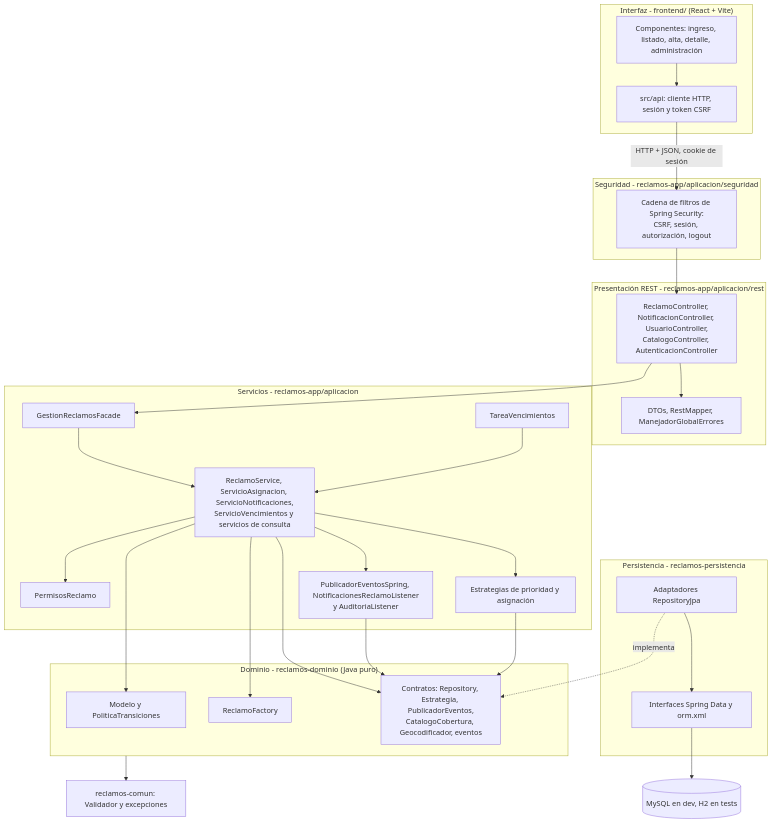
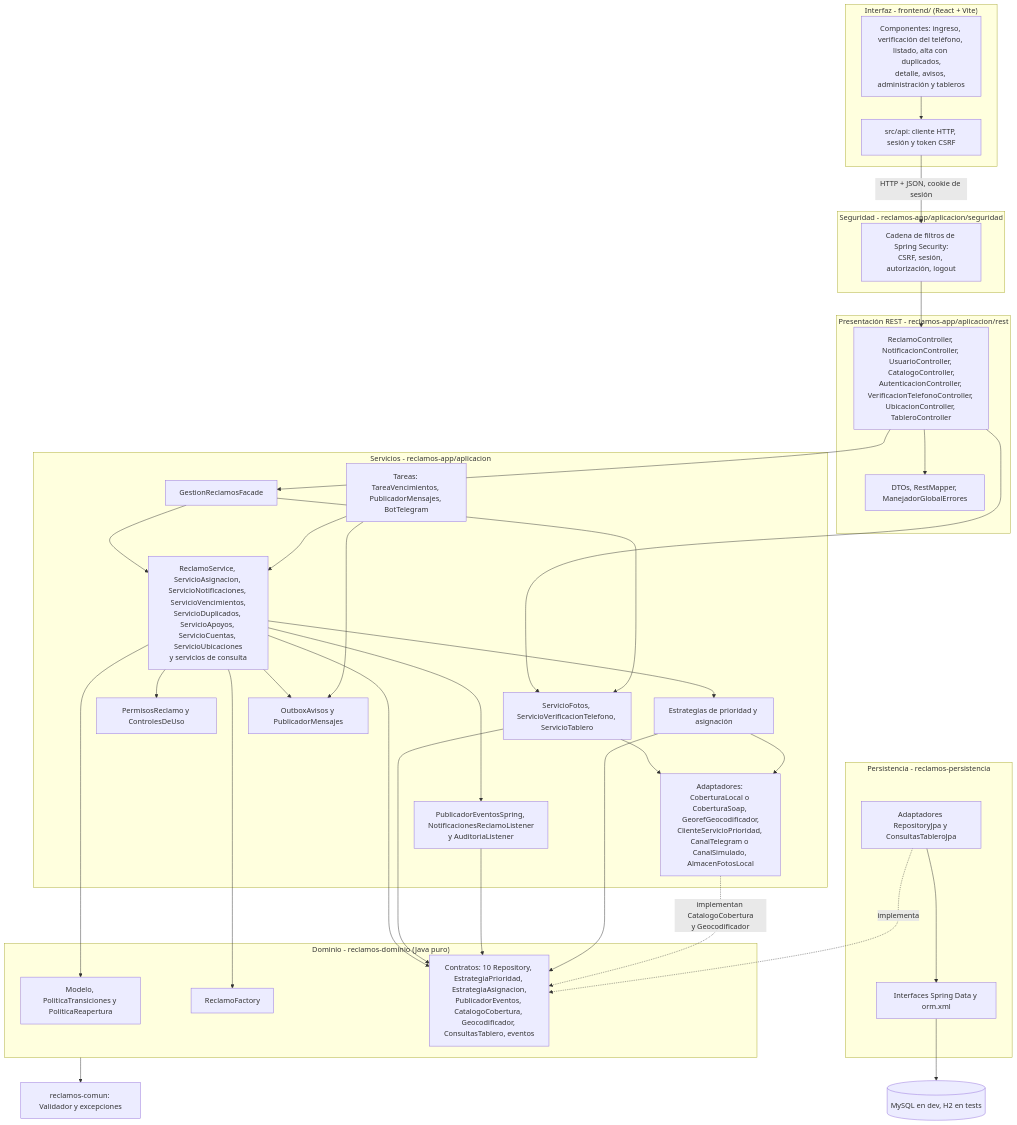
The first of 12 diagrams in docs/arquitectura.md (SanTegli/DesarrolloAppsIIGrupo10), drawn with Mermaid before and after one commit. The commit also changed other lines of this file and 16 other files, not shown here.

````diff
--- a/docs/arquitectura.md
+++ b/docs/arquitectura.md
@@ -9,53 +9,64 @@
 ```mermaid
 flowchart TB
   subgraph UI["Interfaz - frontend/ (React + Vite)"]
-    COMP["Componentes: ingreso, listado, alta, detalle, administración"]
+    COMP["Componentes: ingreso, verificación del teléfono, listado, alta con duplicados,<br/>detalle, avisos, administración y tableros"]
     API["src/api: cliente HTTP, sesión y token CSRF"]
   end
   subgraph SEG["Seguridad - reclamos-app/aplicacion/seguridad"]
     FIL["Cadena de filtros de Spring Security:<br/>CSRF, sesión, autorización, logout"]
   end
   subgraph REST["Presentación REST - reclamos-app/aplicacion/rest"]
-    CTRL["ReclamoController, NotificacionController, UsuarioController,<br/>CatalogoController, AutenticacionController"]
+    CTRL["ReclamoController, NotificacionController, UsuarioController, CatalogoController,<br/>AutenticacionController, VerificacionTelefonoController, UbicacionController, TableroController"]
     DTO["DTOs, RestMapper, ManejadorGlobalErrores"]
   end
   subgraph APP["Servicios - reclamos-app/aplicacion"]
     FAC["GestionReclamosFacade"]
-    SRV["ReclamoService, ServicioAsignacion, ServicioNotificaciones,<br/>ServicioVencimientos y servicios de consulta"]
-    PERM["PermisosReclamo"]
+    SRV["ReclamoService, ServicioAsignacion, ServicioNotificaciones, ServicioVencimientos,<br/>ServicioDuplicados, ServicioApoyos, ServicioCuentas, ServicioUbicaciones<br/>y servicios de consulta"]
+    OTR["ServicioFotos, ServicioVerificacionTelefono, ServicioTablero"]
+    PERM["PermisosReclamo y ControlesDeUso"]
     EST["Estrategias de prioridad y asignación"]
     OBS["PublicadorEventosSpring, NotificacionesReclamoListener<br/>y AuditoriaListener"]
-    TAR["TareaVencimientos"]
+    MSG["OutboxAvisos y PublicadorMensajes"]
+    INT["Adaptadores: CoberturaLocal o CoberturaSoap, GeorefGeocodificador,<br/>ClienteServicioPrioridad, CanalTelegram o CanalSimulado, AlmacenFotosLocal"]
+    TAR["Tareas: TareaVencimientos, PublicadorMensajes, BotTelegram"]
   end
   subgraph DOM["Dominio - reclamos-dominio (Java puro)"]
-    MOD["Modelo y PoliticaTransiciones"]
+    MOD["Modelo, PoliticaTransiciones y PoliticaReapertura"]
     FAB["ReclamoFactory"]
-    CON["Contratos: Repository, Estrategia, PublicadorEventos,<br/>CatalogoCobertura, Geocodificador, eventos"]
+    CON["Contratos: 10 Repository, EstrategiaPrioridad, EstrategiaAsignacion,<br/>PublicadorEventos, CatalogoCobertura, Geocodificador, ConsultasTablero, eventos"]
   end
   subgraph PERS["Persistencia - reclamos-persistencia"]
-    ADP["Adaptadores RepositoryJpa"]
+    ADP["Adaptadores RepositoryJpa y ConsultasTableroJpa"]
     SDJ["Interfaces Spring Data y orm.xml"]
   end
   DB[("MySQL en dev, H2 en tests")]
   UTIL["reclamos-comun: Validador y excepciones"]
 
   COMP --> API
   API -->|"HTTP + JSON, cookie de sesión"| FIL
   FIL --> CTRL
   CTRL --> FAC
   CTRL --> DTO
+  CTRL --> OTR
   FAC --> SRV
+  FAC --> OTR
   SRV --> PERM
   SRV --> EST
   SRV --> FAB
   SRV --> MOD
   SRV --> CON
   SRV --> OBS
+  SRV --> MSG
+  OTR --> CON
+  OTR --> INT
   TAR --> SRV
+  TAR --> MSG
   OBS --> CON
   EST --> CON
+  EST --> INT
+  INT -.->|"implementan CatalogoCobertura<br/>y Geocodificador"| CON
   ADP -.->|implementa| CON
   ADP --> SDJ
   SDJ --> DB
   DOM --> UTIL
 ```
````
